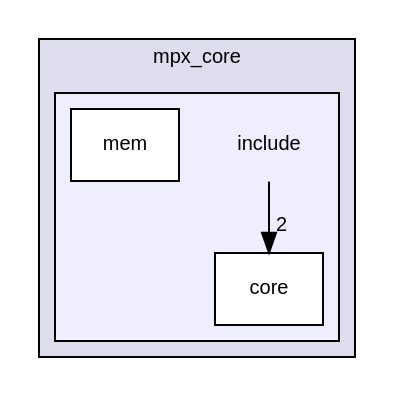
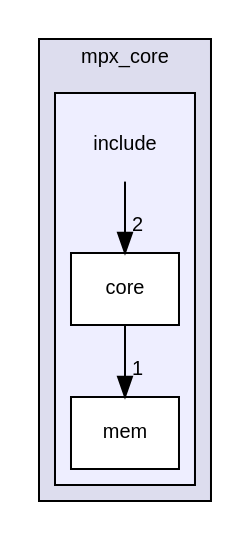
One commit to mpgramlich/mpgramlich.github.io changed the diagram in dir_2b2cfc5bbf2f7ab54aab1325e138d170_dep.dot. Above: the diagram before and after it, drawn with Graphviz. The commit also changed 259 other files, not shown here.

```diff
--- a/dir_2b2cfc5bbf2f7ab54aab1325e138d170_dep.dot
+++ b/dir_2b2cfc5bbf2f7ab54aab1325e138d170_dep.dot
@@ -1,15 +1,16 @@
 digraph "/home/loudish/modustus-cs450/mpx-spring2017-modestus/mpx_core/include" {
   compound=true
   node [ fontsize="10", fontname="Helvetica"];
   edge [ labelfontsize="10", labelfontname="Helvetica"];
   subgraph clusterdir_c7d74c6d2b184af75c765a147f90e5a0 {
     graph [ bgcolor="#ddddee", pencolor="black", label="mpx_core" fontname="Helvetica", fontsize="10", URL="dir_c7d74c6d2b184af75c765a147f90e5a0.html"]
   subgraph clusterdir_2b2cfc5bbf2f7ab54aab1325e138d170 {
     graph [ bgcolor="#eeeeff", pencolor="black", label="" URL="dir_2b2cfc5bbf2f7ab54aab1325e138d170.html"];
     dir_2b2cfc5bbf2f7ab54aab1325e138d170 [shape=plaintext label="include"];
     dir_e7dfb182488e489eb25f74a15e442e28 [shape=box label="core" color="black" fillcolor="white" style="filled" URL="dir_e7dfb182488e489eb25f74a15e442e28.html"];
     dir_7b695e8c6afbe4143ba5c5394118c9fe [shape=box label="mem" color="black" fillcolor="white" style="filled" URL="dir_7b695e8c6afbe4143ba5c5394118c9fe.html"];
   }
   }
   dir_2b2cfc5bbf2f7ab54aab1325e138d170->dir_e7dfb182488e489eb25f74a15e442e28 [headlabel="2", labeldistance=1.5 headhref="dir_000001_000002.html"];
+  dir_e7dfb182488e489eb25f74a15e442e28->dir_7b695e8c6afbe4143ba5c5394118c9fe [headlabel="1", labeldistance=1.5 headhref="dir_000002_000003.html"];
 }
```
